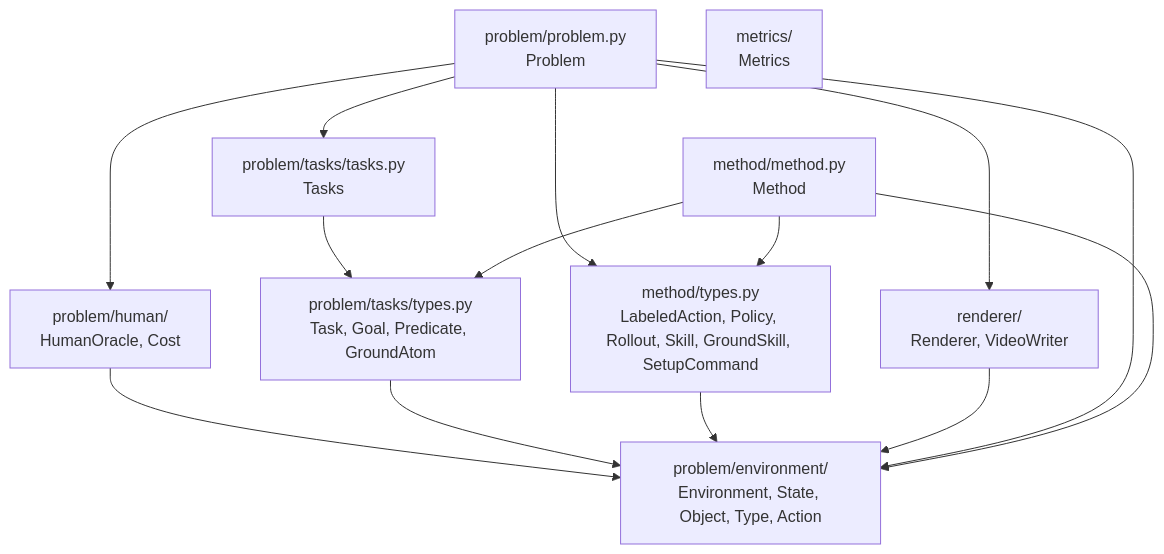
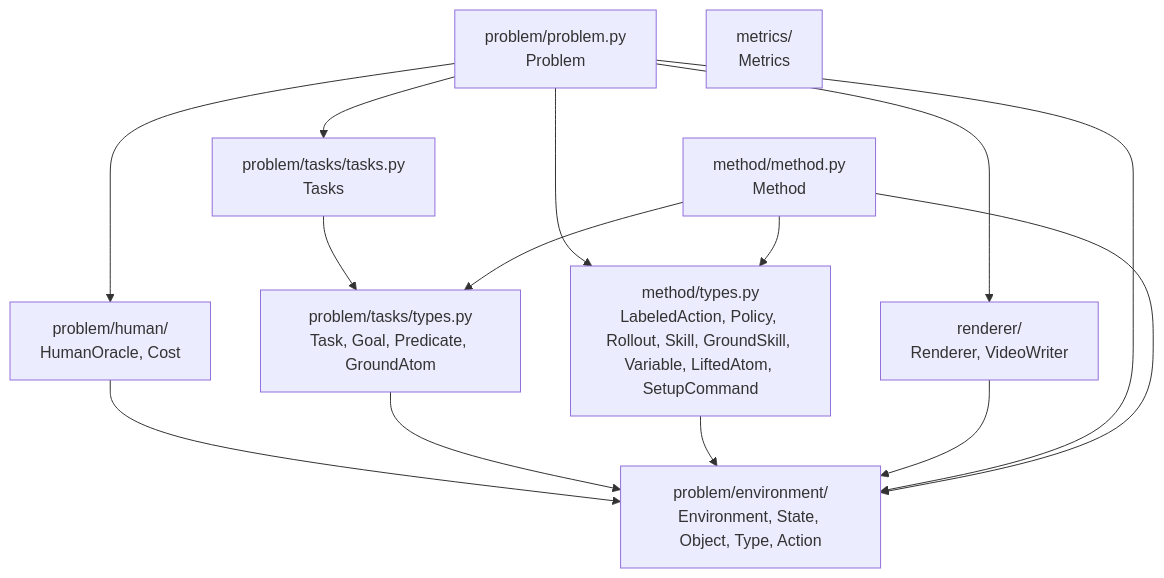
The second of 2 diagrams in src/hitl_pmp/core/README.md (joshnroy/human-in-the-loop-practice-makes-perfect), drawn with Mermaid before and after one commit. The commit also changed other lines of this file and 2 other files, not shown here.

First line of the commit message:
Update READMEs for the Variable/LiftedAtom layer and planning/methods split

````diff
--- a/src/hitl_pmp/core/README.md
+++ b/src/hitl_pmp/core/README.md
@@ -320,26 +328,26 @@
 ```mermaid
 graph TD
     env["problem/environment/<br/>Environment, State, Object, Type, Action"]
     ho["problem/human/<br/>HumanOracle, Cost"]
     tasktypes["problem/tasks/types.py<br/>Task, Goal, Predicate, GroundAtom"]
     tasks["problem/tasks/tasks.py<br/>Tasks"]
-    mtypes["method/types.py<br/>LabeledAction, Policy, Rollout, Skill, GroundSkill, SetupCommand"]
+    mtypes["method/types.py<br/>LabeledAction, Policy, Rollout, Skill, GroundSkill, Variable, LiftedAtom, SetupCommand"]
     renderer["renderer/<br/>Renderer, VideoWriter"]
     problem["problem/problem.py<br/>Problem"]
     method["method/method.py<br/>Method"]
     metrics["metrics/<br/>Metrics"]
 
     ho --> env
     tasktypes --> env
     tasks --> tasktypes
     mtypes --> env
     renderer --> env
     problem --> env
     problem --> ho
     problem --> tasks
     problem --> mtypes
     problem --> renderer
     method --> env
     method --> mtypes
     method --> tasktypes
 ```
````
